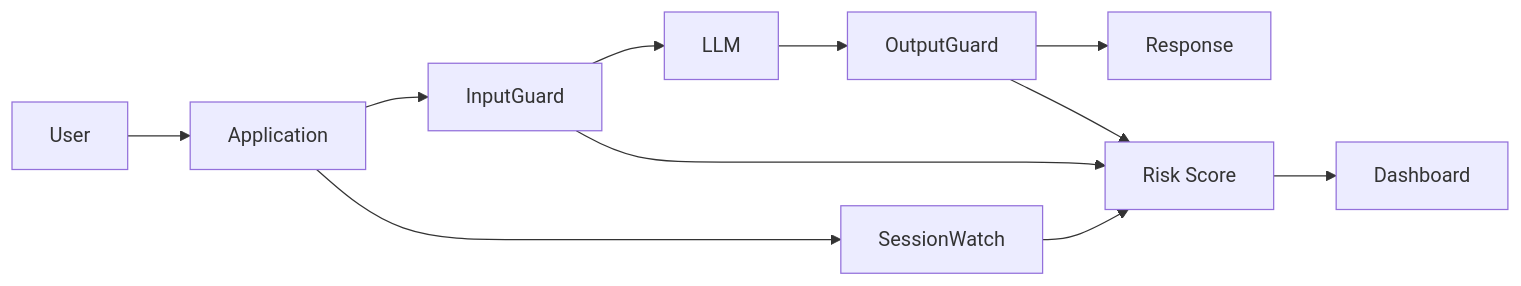
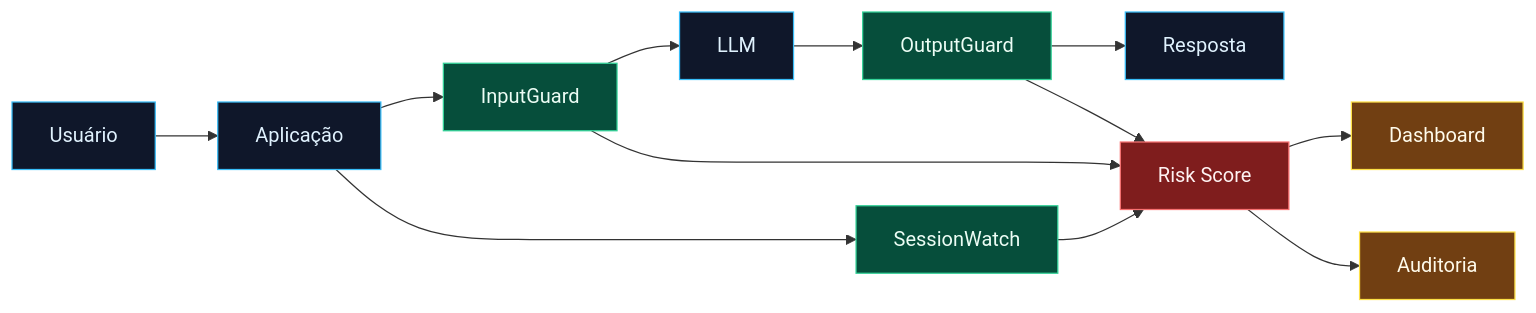
Before and after one commit to D3Z33/llm-trust-safety-framework: the second of 6 diagrams in README.md, drawn with Mermaid. The commit also changed other lines of this file, not shown here.

````diff
--- a/README.md
+++ b/README.md
@@ -95,14 +159,24 @@
 ```mermaid
 flowchart LR
-  USER["User"] --> APP["Application"]
+  USER["Usuário"] --> APP["Aplicação"]
   APP --> INPUT["InputGuard"]
   INPUT --> MODEL["LLM"]
   MODEL --> OUTPUT["OutputGuard"]
-  OUTPUT --> RESPONSE["Response"]
+  OUTPUT --> RESPONSE["Resposta"]
 
   APP --> SESSION["SessionWatch"]
   INPUT --> RISK["Risk Score"]
   OUTPUT --> RISK
   SESSION --> RISK
   RISK --> DASH["Dashboard"]
+  RISK --> AUDIT["Auditoria"]
+
+  classDef actor fill:#0f172a,stroke:#38bdf8,color:#e0f2fe;
+  classDef guard fill:#064e3b,stroke:#34d399,color:#ecfdf5;
+  classDef risk fill:#7f1d1d,stroke:#f87171,color:#fef2f2;
+  classDef view fill:#713f12,stroke:#fde047,color:#fffbeb;
+  class USER,APP,MODEL,RESPONSE actor;
+  class INPUT,OUTPUT,SESSION guard;
+  class RISK risk;
+  class DASH,AUDIT view;
 ```
````
